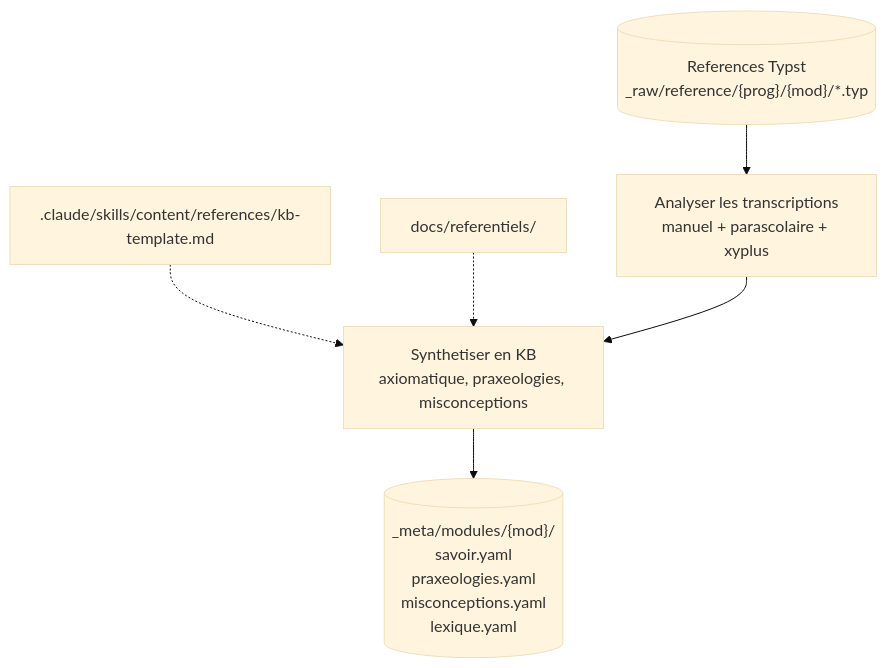
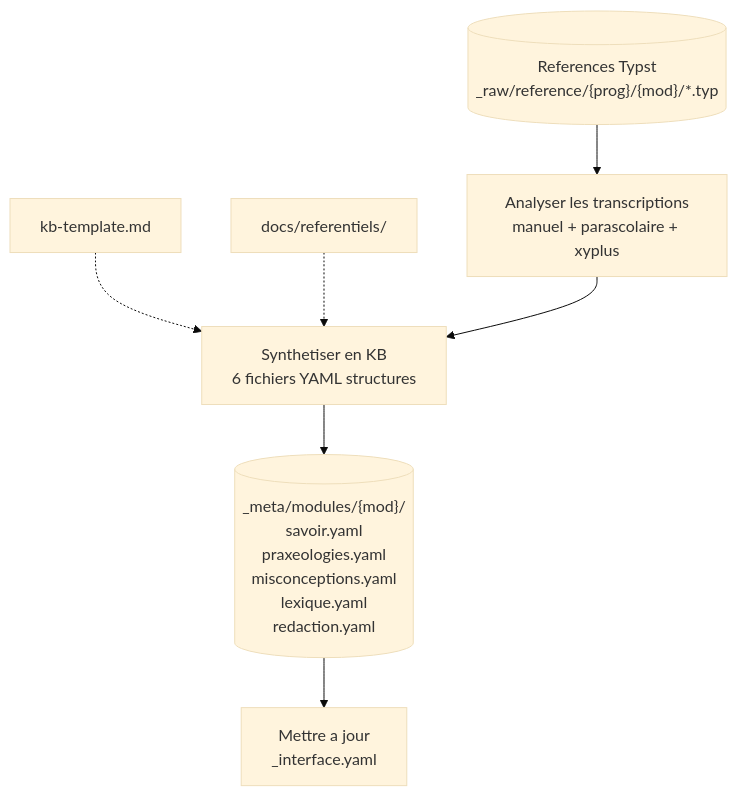
The third of 8 diagrams in docs/content-agentic-workflow.md (bilalYezzaGit/learning-web), drawn with Mermaid (base theme) before and after one commit. The commit also changed other lines of this file, not shown here.

First line of the commit message:
Reecrire content-agentic-workflow.md : documentation complete du systeme

````diff
--- a/docs/content-agentic-workflow.md
+++ b/docs/content-agentic-workflow.md
@@ -122,8 +154,9 @@
 ```mermaid
 flowchart TD
     TYPST[("References Typst\n_raw/reference/{prog}/{mod}/*.typ")] --> Analyse["Analyser les transcriptions\nmanuel + parascolaire + xyplus"]
-    TPL[".claude/skills/content/references/kb-template.md"] -.-> Synth
+    TPL["kb-template.md"] -.-> Synth
     REF["docs/referentiels/"] -.-> Synth
-    Analyse --> Synth["Synthetiser en KB\naxiomatique, praxeologies, misconceptions"]
-    Synth --> Meta[("_meta/modules/{mod}/\nsavoir.yaml\npraxeologies.yaml\nmisconceptions.yaml\nlexique.yaml")]
+    Analyse --> Synth["Synthetiser en KB\n6 fichiers YAML structures"]
+    Synth --> Meta[("_meta/modules/{mod}/\nsavoir.yaml\npraxeologies.yaml\nmisconceptions.yaml\nlexique.yaml\nredaction.yaml")]
+    Meta --> Interface["Mettre a jour\n_interface.yaml"]
 ```
````
